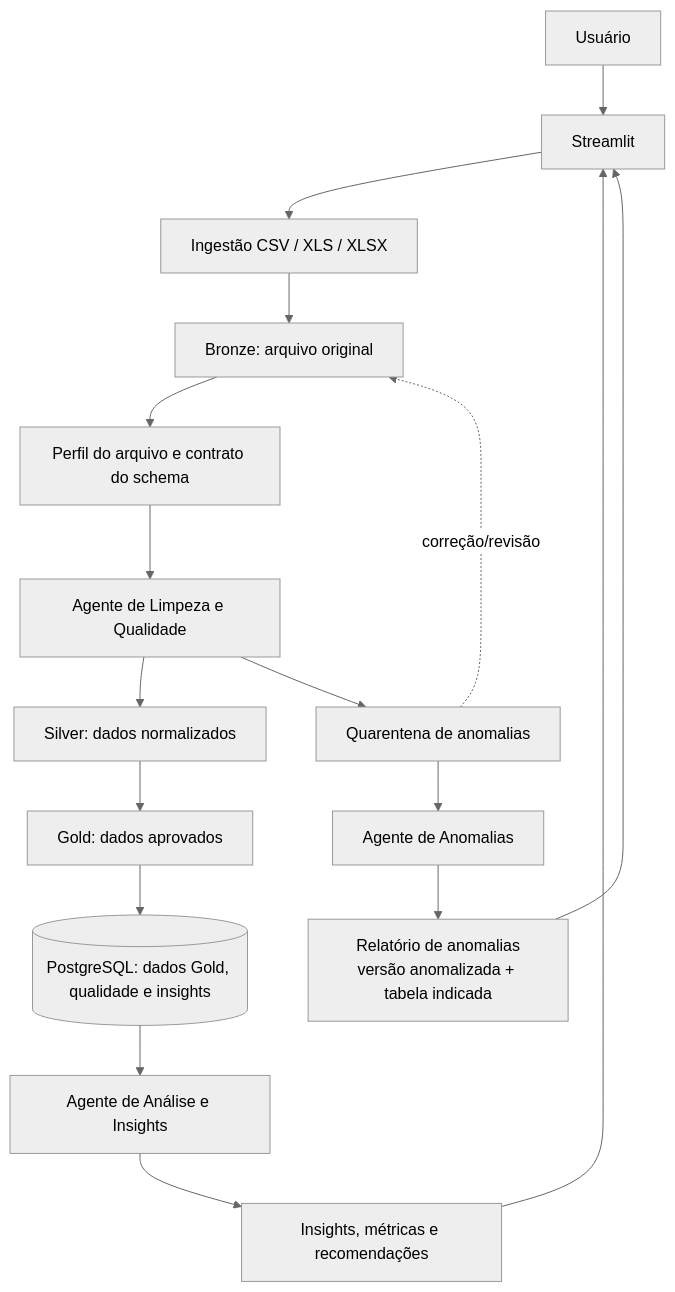
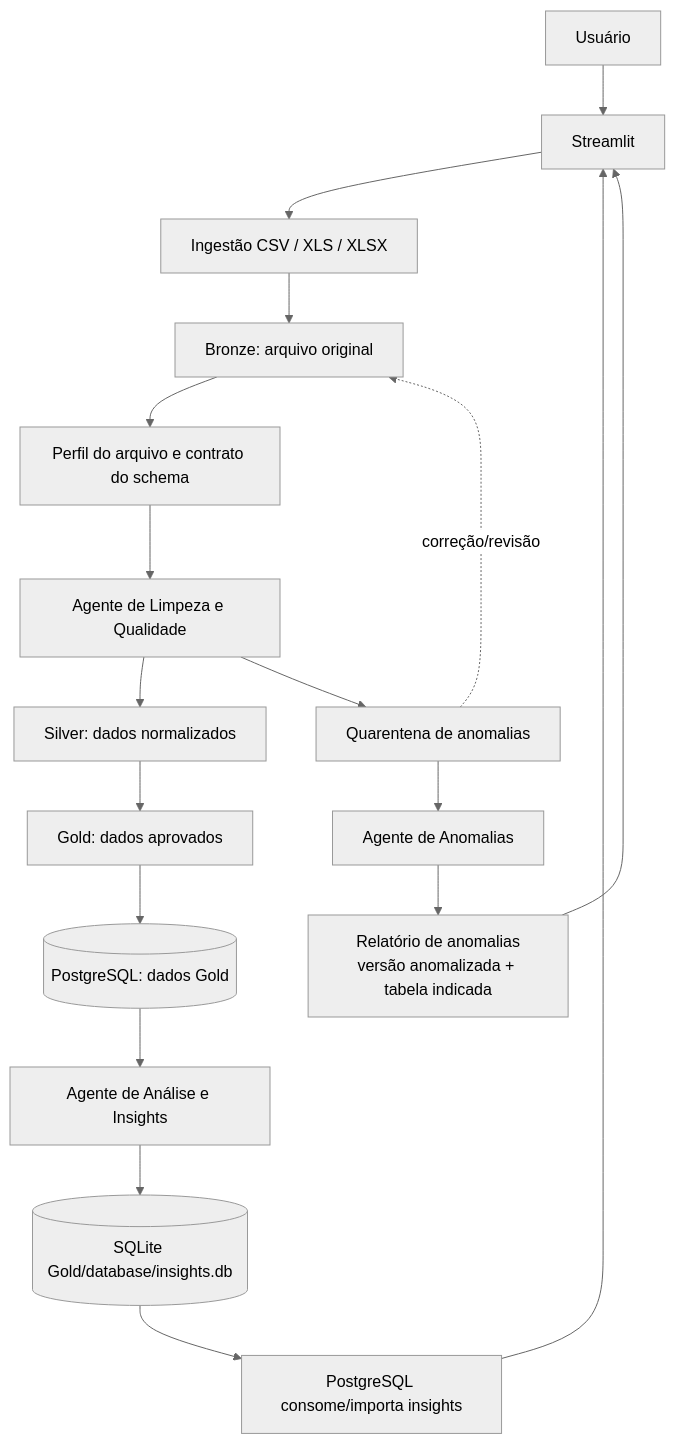
One commit to GeorgeLucas1/Pipeline_csv_to_db changed the first of 2 diagrams in README.md. Above: the diagram before and after it, drawn with Mermaid (neutral theme). The commit also changed other lines of this file and 2 other files, not shown here.

Commit message:
docs: define sqlite insights como artefato intermediario

````diff
--- a/README.md
+++ b/README.md
@@ -31,24 +31,25 @@
 ```mermaid
 graph TD
     U[Usuário] --> ST[Streamlit]
     ST --> IN[Ingestão CSV / XLS / XLSX]
     IN --> B[Bronze: arquivo original]
 
     B --> P[Perfil do arquivo e contrato do schema]
     P --> L[Agente de Limpeza e Qualidade]
     L --> S[Silver: dados normalizados]
     L --> Q[Quarentena de anomalias]
 
     Q --> A[Agente de Anomalias]
     A --> R[Relatório de anomalias<br/>versão anomalizada + tabela indicada]
     R --> ST
 
     S --> G[Gold: dados aprovados]
-    G --> DB[(PostgreSQL: dados Gold, qualidade e insights)]
+    G --> DB[(PostgreSQL: dados Gold)]
 
     DB --> I[Agente de Análise e Insights]
-    I --> INS[Insights, métricas e recomendações]
-    INS --> ST
+    I --> INS[(SQLite Gold/database/insights.db)]
+    INS --> PG[PostgreSQL consome/importa insights]
+    PG --> ST[Streamlit]
 
     Q -. correção/revisão .-> B
 ```
````
